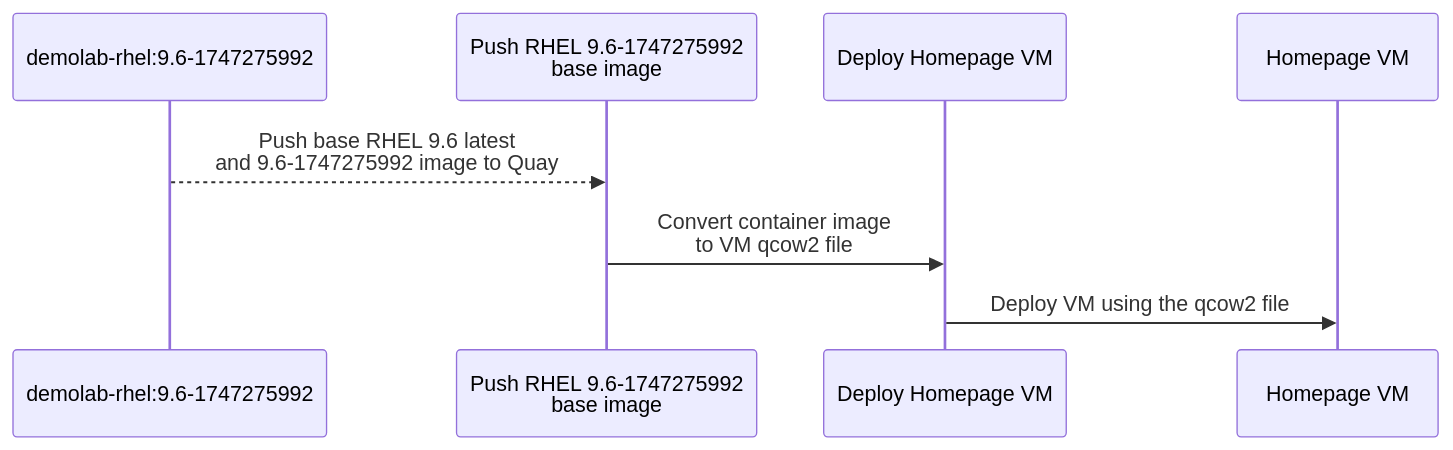
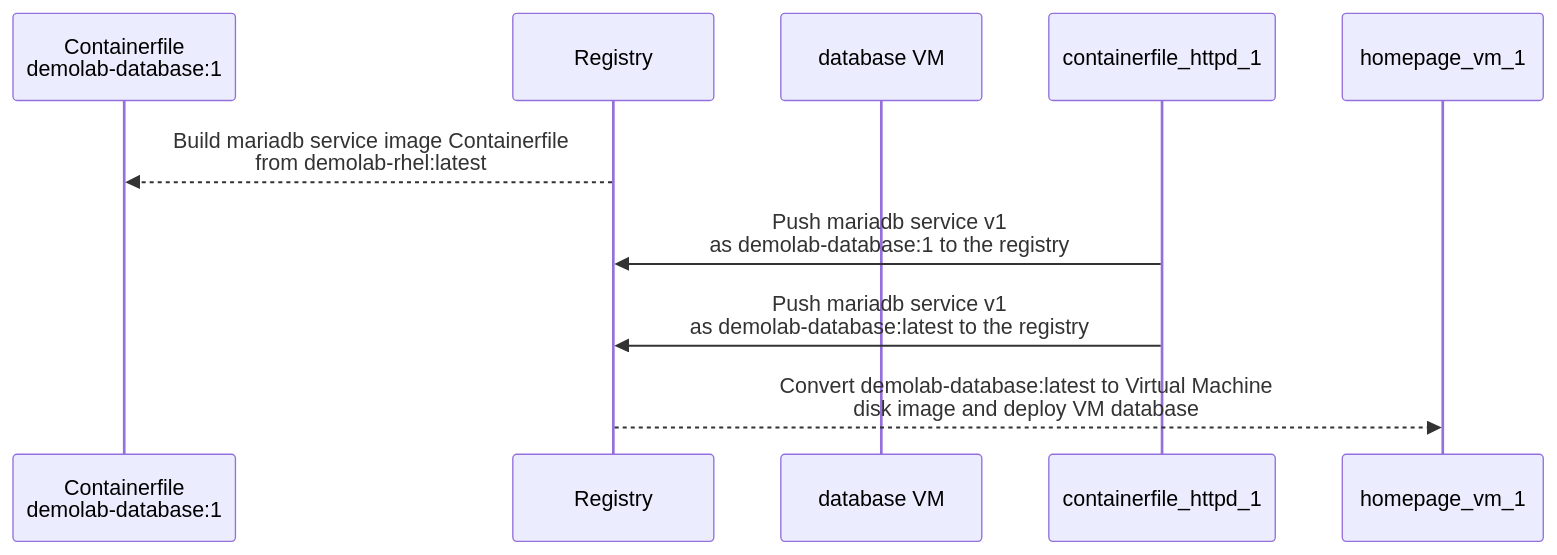
Before and after one commit to jvdbreggen/imagemodedemo: the fifth of 9 diagrams in README.md, drawn with Mermaid. The commit also changed other lines of this file, not shown here.

````diff
--- a/README.md
+++ b/README.md
@@ -211,14 +403,13 @@
 ```mermaid
 sequenceDiagram
     %% Actors
-    participant Demolab96 as demolab-rhel:9.6-1747275992
-    participant PushRHEL96 as Push RHEL 9.6-1747275992<br/>base image
-    participant HomepageVM1 as Deploy Homepage VM
-    participant HomepageVM as Homepage VM
-
+    participant containerfile_database_1 as Containerfile<br/>demolab-database:1
+    participant registry as Registry
+    participant database_vm_1 as database VM
 
     %% MainVM Creationsu workflow
-    Demolab96-->>PushRHEL96: Push base RHEL 9.6 latest<br/>and 9.6-1747275992 image to Quay
-    PushRHEL96->>HomepageVM1: Convert container image<br/>to VM qcow2 file
-    HomepageVM1->>HomepageVM: Deploy VM using the qcow2 file
+    registry-->>containerfile_database_1: Build mariadb service image Containerfile<br/>from demolab-rhel:latest
+    containerfile_httpd_1->>registry: Push mariadb service v1<br/>as demolab-database:1 to the registry
+    containerfile_httpd_1->>registry: Push mariadb service v1<br/>as demolab-database:latest to the registry
+    registry-->>homepage_vm_1: Convert demolab-database:latest to Virtual Machine<br/> disk image and deploy VM database
 ```
````
